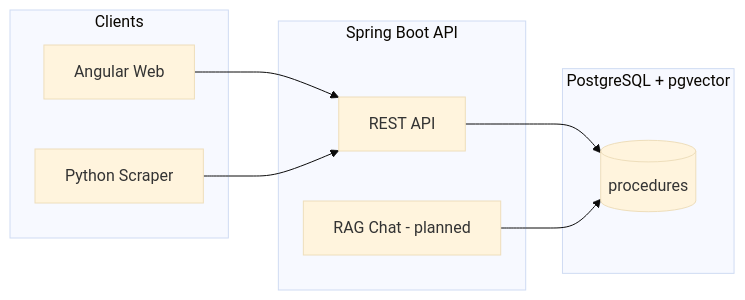
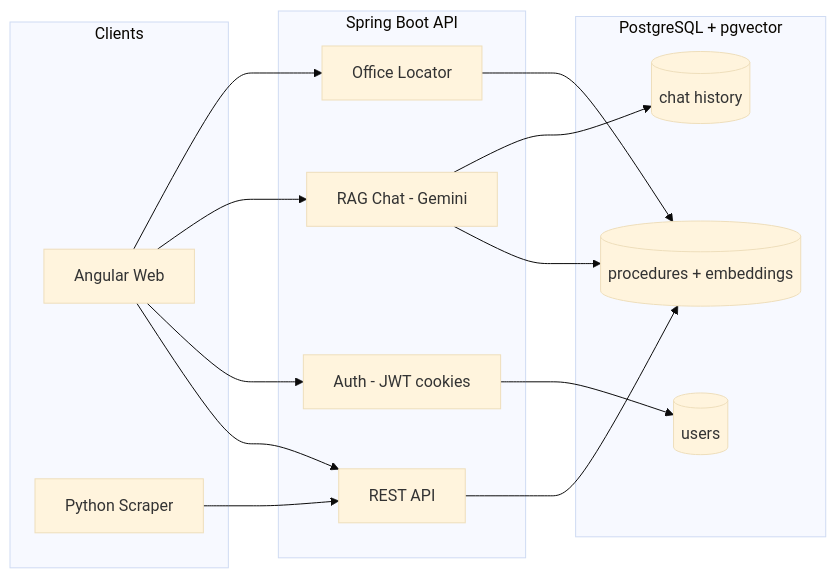
The diagram in README.md (hsanjebri/dossia-), drawn with Mermaid (base theme) before and after one commit. The commit also changed other lines of this file and 151 other files, not shown here.

````diff
--- a/README.md
+++ b/README.md
@@ -51,21 +51,31 @@
 ```mermaid
 flowchart LR
     subgraph clients [Clients]
         Web[Angular Web]
         Scraper[Python Scraper]
     end
 
     subgraph backend [Spring Boot API]
         API[REST API]
-        RAG[RAG Chat - planned]
+        Auth[Auth - JWT cookies]
+        RAG[RAG Chat - Gemini]
+        Office[Office Locator]
     end
 
     subgraph data [PostgreSQL + pgvector]
-        DB[(procedures)]
+        DB[(procedures + embeddings)]
+        Users[(users)]
+        Chats[(chat history)]
     end
 
     Web --> API
+    Web --> Auth
+    Web --> RAG
+    Web --> Office
     Scraper --> API
     API --> DB
+    Auth --> Users
     RAG --> DB
+    RAG --> Chats
+    Office --> DB
 ```
````
